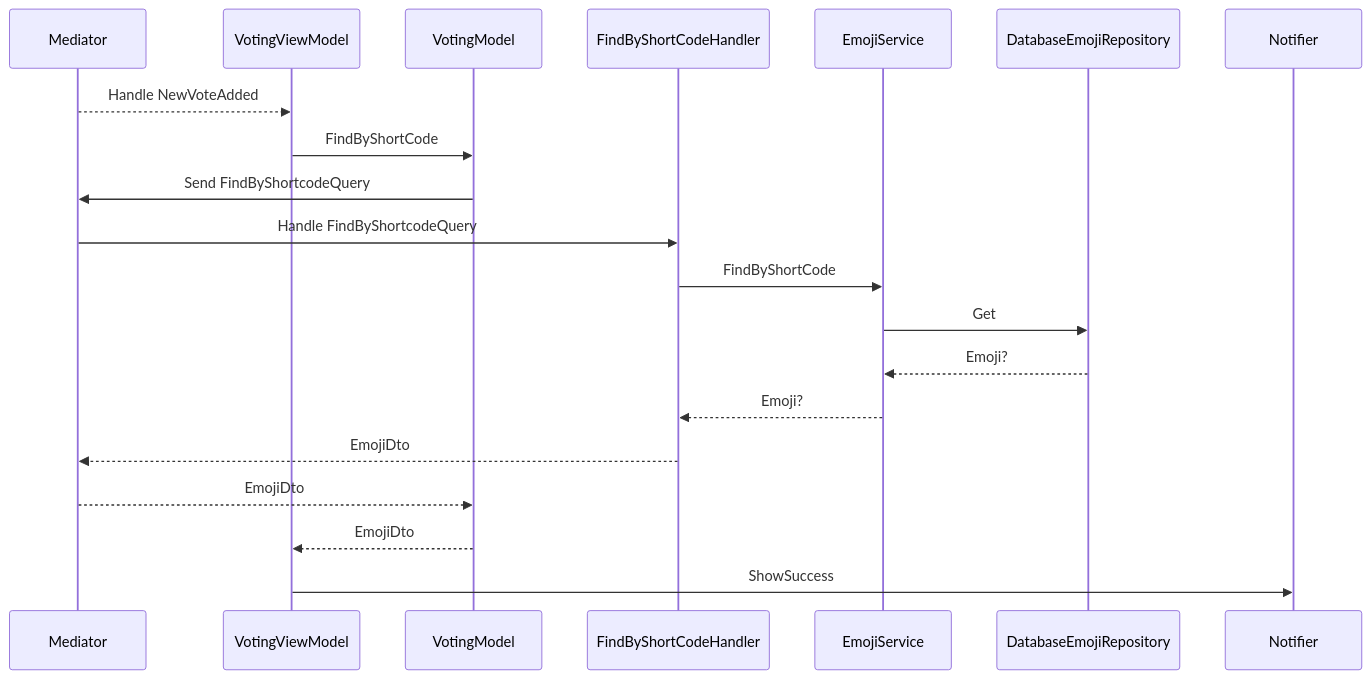
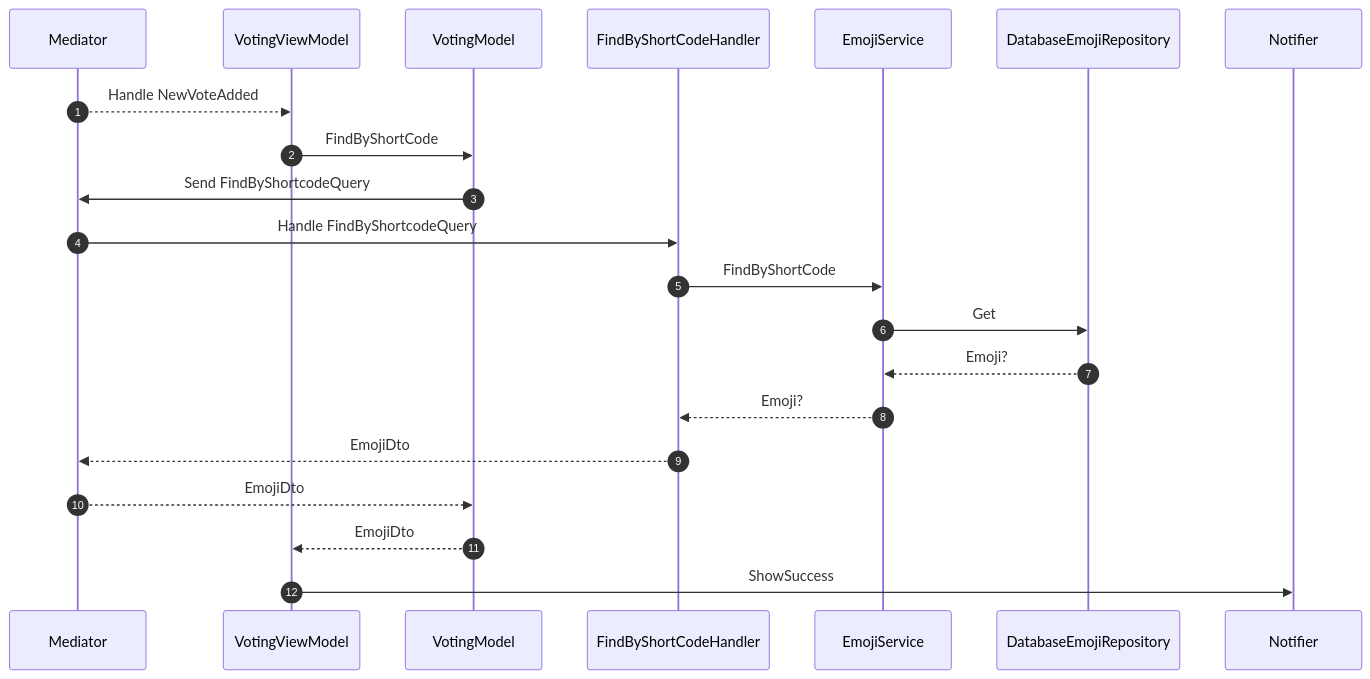
The third of 5 diagrams in README.md (bravecobra/gui_study), drawn with Mermaid before and after one commit. The commit also changed other lines of this file, not shown here.

Commit message:
Added autonumbering

````diff
--- a/README.md
+++ b/README.md
@@ -47,16 +47,16 @@
 ```mermaid
 sequenceDiagram
-# Handle NewVoteAdded Show Toast Notifcation
+    autonumber
     Mediator-->>VotingViewModel: Handle NewVoteAdded
     VotingViewModel->>VotingModel: FindByShortCode
     VotingModel->>Mediator: Send FindByShortcodeQuery
     Mediator->>FindByShortCodeHandler: Handle FindByShortcodeQuery
     FindByShortCodeHandler->>EmojiService:FindByShortCode
     EmojiService->>DatabaseEmojiRepository:Get
     DatabaseEmojiRepository-->>EmojiService:Emoji?
     EmojiService-->>FindByShortCodeHandler: Emoji?
     FindByShortCodeHandler-->>Mediator: EmojiDto
     Mediator-->>VotingModel: EmojiDto
     VotingModel-->>VotingViewModel: EmojiDto
     VotingViewModel->>Notifier: ShowSuccess
 ```
````
